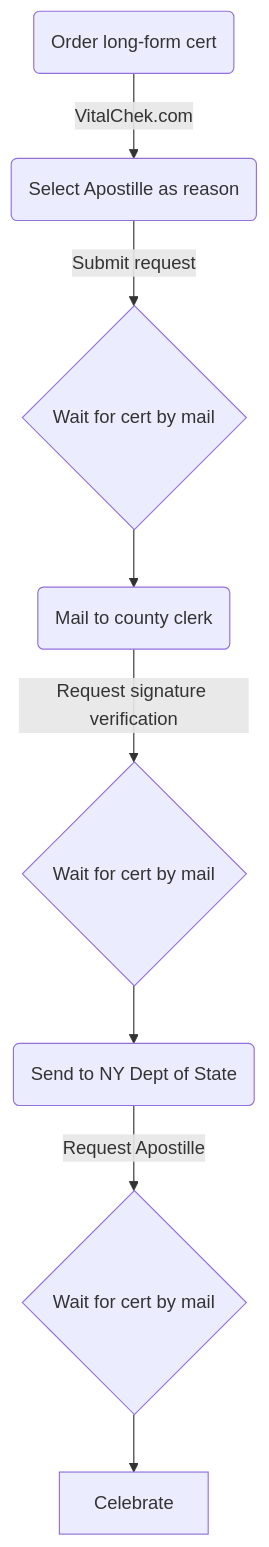
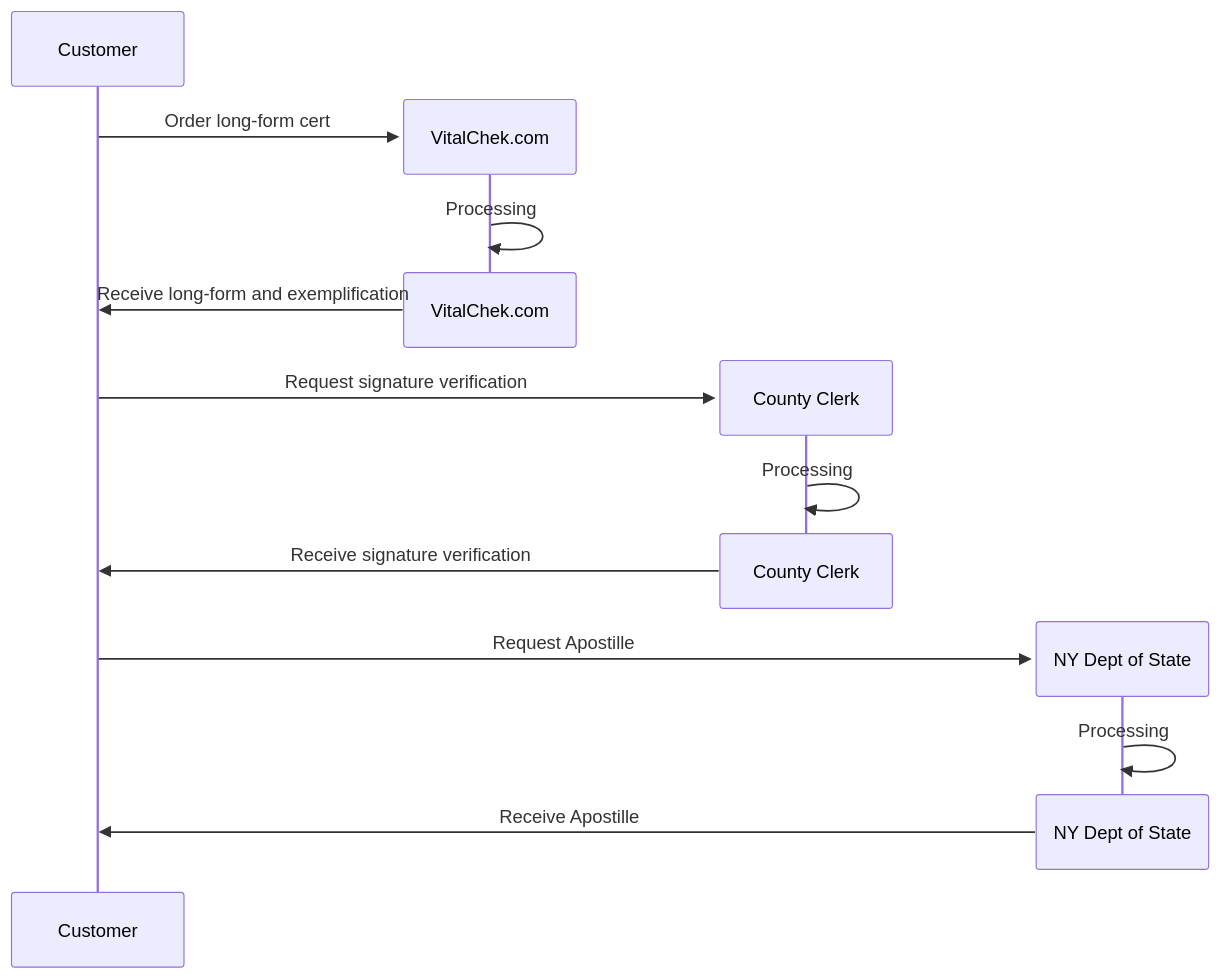
Before and after one commit to joshknopp/scratchpad: the diagram in apostille.md, drawn with Mermaid.

````diff
--- a/apostille.md
+++ b/apostille.md
@@ -11,14 +11,23 @@
 ```mermaid
 %% https://portal.311.nyc.gov/article/?kanumber=KA-01012
-graph TD
+sequenceDiagram
+    create participant Customer
+    create participant VitalChek.com
     %% https://www.vitalchek.com/birth-certificates/new-york/new-york-city-dept-of-health-and-mental-hygiene
-    A(Order long-form cert) -->|VitalChek.com| B(Select Apostille as reason)
-    B -->|Submit request| C{Wait for cert by mail}
+    Customer->>VitalChek.com: Order long-form cert
+    VitalChek.com->>VitalChek.com: Processing
+    destroy VitalChek.com
+    VitalChek.com->>Customer: Receive long-form and exemplification
+    create participant County Clerk
     %% https://portal.311.nyc.gov/article/?kanumber=KA-01029
-    C --> D(Mail to county clerk)
-    D -->|Request signature verification| E{Wait for cert by mail}
+    Customer->>County Clerk: Request signature verification
+    County Clerk->>County Clerk: Processing
+    destroy County Clerk
+    County Clerk->>Customer: Receive signature verification
+    create participant NY Dept of State
     %% https://dos.ny.gov/apostille-or-certificate-authentication
-    E --> F(Send to NY Dept of State)
-    F -->|Request Apostille| G{Wait for cert by mail}
-    G --> H[Celebrate]
+    Customer->>NY Dept of State: Request Apostille
+    NY Dept of State->>NY Dept of State: Processing
+    destroy NY Dept of State
+    NY Dept of State->>Customer: Receive Apostille
 ```
````
